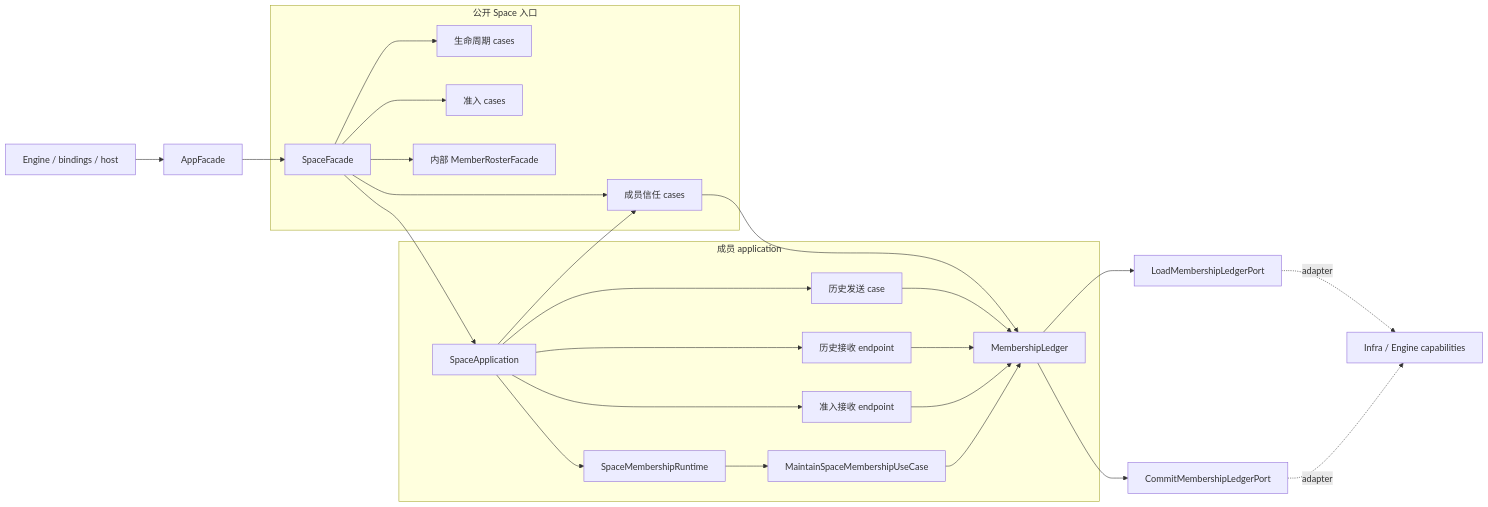
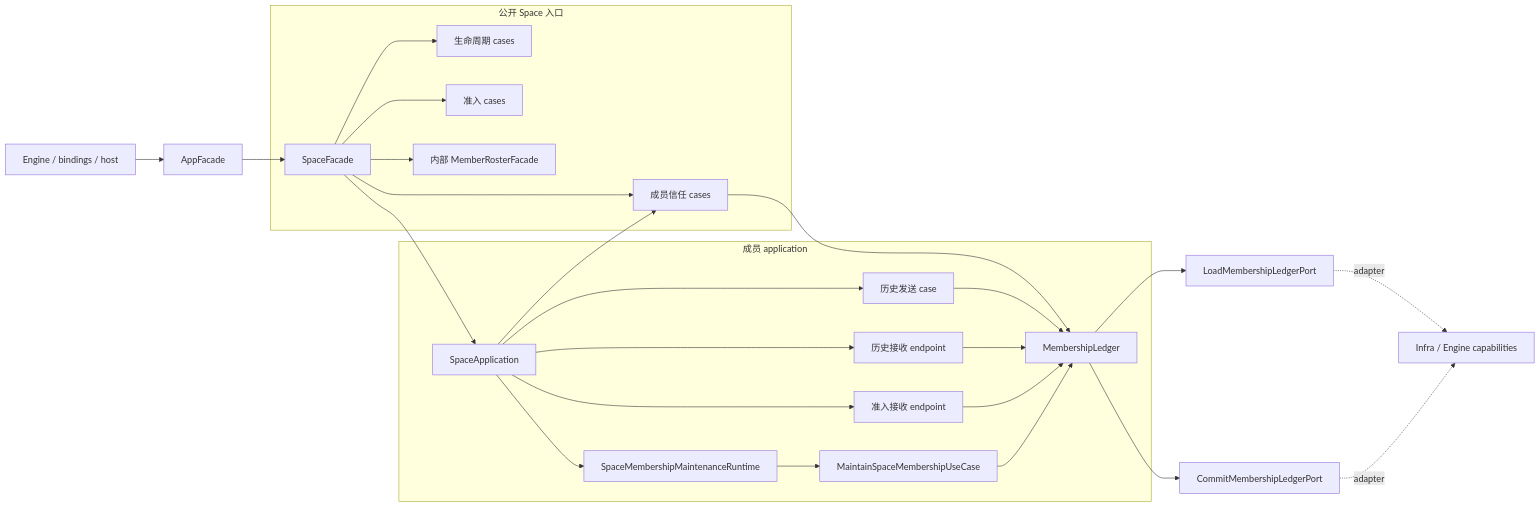
One commit to UniClipboard/Engine changed the first of 5 diagrams in crates/uc-application/src/space/AGENTS.md. Above: the diagram before and after it, drawn with Mermaid. The commit also changed other lines of this file and 14 other files, not shown here.

Commit message:
refactor(application): clarify membership maintenance runtime

````diff
--- a/crates/uc-application/src/space/AGENTS.md
+++ b/crates/uc-application/src/space/AGENTS.md
@@ -44,32 +44,32 @@
 ```mermaid
 flowchart LR
     Host[Engine / bindings / host] --> AppFacade[AppFacade]
     AppFacade --> SpaceFacade[SpaceFacade]
 
     subgraph Public[公开 Space 入口]
         SpaceFacade --> Life[生命周期 cases]
         SpaceFacade --> Admission[准入 cases]
         SpaceFacade --> Trust[成员信任 cases]
         SpaceFacade --> Roster[内部 MemberRosterFacade]
     end
 
     subgraph Membership[成员 application]
         SpaceApp[SpaceApplication] --> Trust
         SpaceApp --> HistoryTx[历史发送 case]
         SpaceApp --> HistoryRx[历史接收 endpoint]
         SpaceApp --> AdmissionRx[准入接收 endpoint]
-        SpaceApp --> Runtime[SpaceMembershipRuntime]
+        SpaceApp --> Runtime[SpaceMembershipMaintenanceRuntime]
         Runtime --> Maintain[MaintainSpaceMembershipUseCase]
         Trust --> Ledger[MembershipLedger]
         HistoryTx --> Ledger
         HistoryRx --> Ledger
         AdmissionRx --> Ledger
         Maintain --> Ledger
     end
 
     SpaceFacade --> SpaceApp
     Ledger --> LoadPort[LoadMembershipLedgerPort]
     Ledger --> CommitPort[CommitMembershipLedgerPort]
     LoadPort -. adapter .-> Infra[Infra / Engine capabilities]
     CommitPort -. adapter .-> Infra
 ```
````
